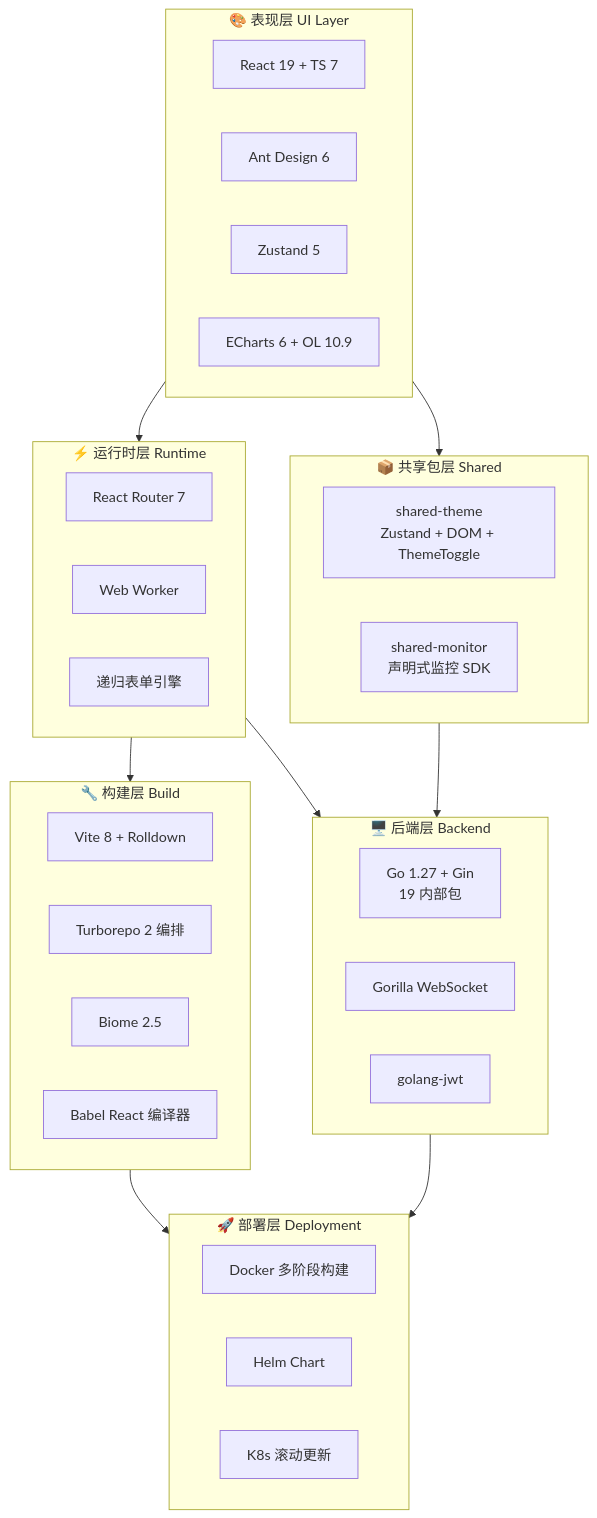
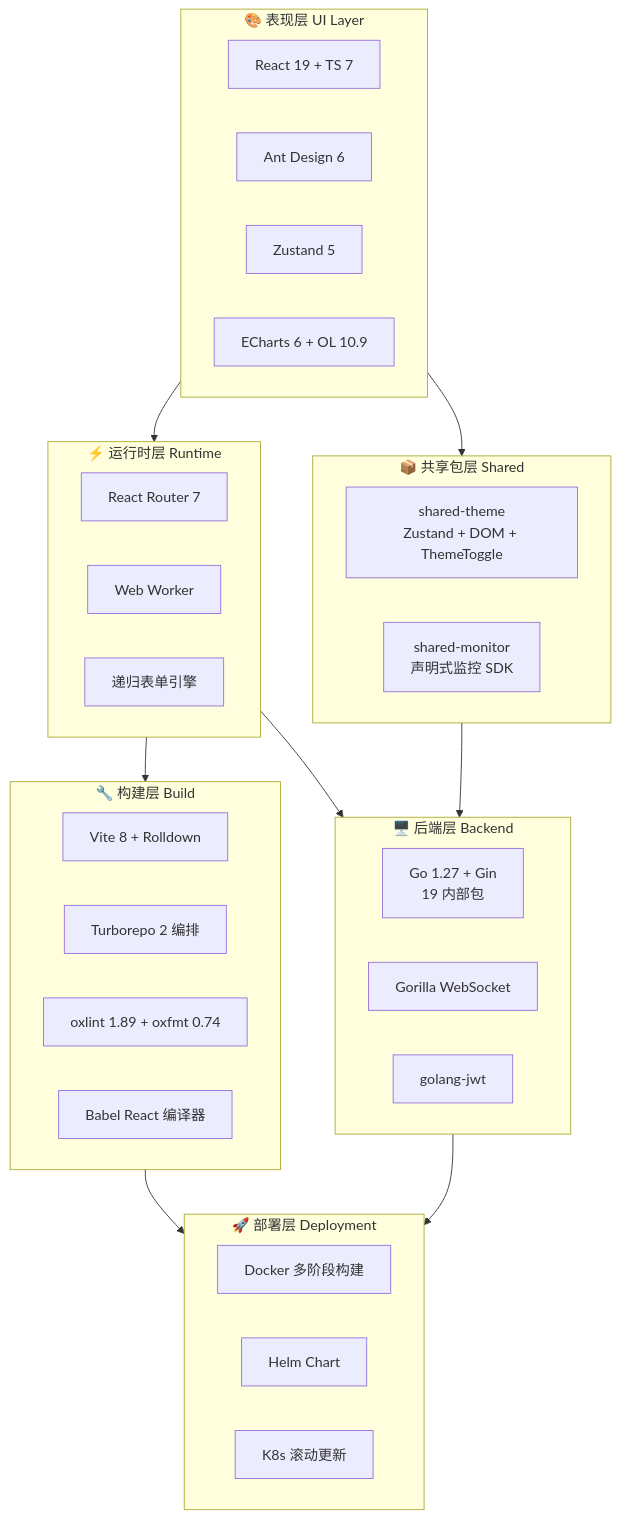
One commit to KMaybe01/interview-demo changed the second of 6 diagrams in Wiki.md. Above: the diagram before and after it, drawn with Mermaid. The commit also changed other lines of this file and 43 other files, not shown here.

First line of the commit message:
build(tooling): 用 oxlint + oxfmt 替换 Biome

````diff
--- a/Wiki.md
+++ b/Wiki.md
@@ -77,45 +77,45 @@
 ```mermaid
 graph TB
     subgraph UI["🎨 表现层 UI Layer"]
         React["React 19 + TS 7"]
         Antd["Ant Design 6"]
         Zustand["Zustand 5"]
         Charts["ECharts 6 + OL 10.9"]
     end
 
     subgraph Runtime["⚡ 运行时层 Runtime"]
         Router["React Router 7"]
         Worker["Web Worker"]
         Form["递归表单引擎"]
     end
 
     subgraph Build["🔧 构建层 Build"]
         Vite["Vite 8 + Rolldown"]
         Turbo["Turborepo 2 编排"]
-        Biome["Biome 2.5"]
+        Oxc["oxlint 1.89 + oxfmt 0.74"]
         Babel["Babel React 编译器"]
     end
 
     subgraph Backend["🖥️ 后端层 Backend"]
         Go["Go 1.27 + Gin<br/>19 内部包"]
         WS["Gorilla WebSocket"]
         JWT["golang-jwt"]
     end
 
     subgraph Shared["📦 共享包层 Shared"]
         Theme["shared-theme<br/>Zustand + DOM + ThemeToggle"]
         Monitor["shared-monitor<br/>声明式监控 SDK"]
     end
 
     subgraph Deploy["🚀 部署层 Deployment"]
         Docker["Docker 多阶段构建"]
         Helm["Helm Chart"]
         K8s["K8s 滚动更新"]
     end
 
     UI --> Runtime --> Build
     UI --> Shared --> Backend
     Runtime --> Backend
     Build --> Deploy
     Backend --> Deploy
 ```
````
